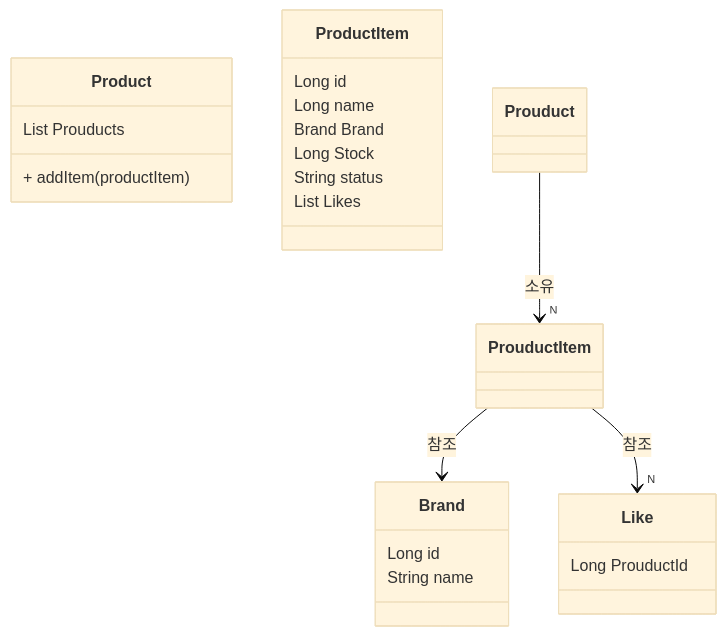
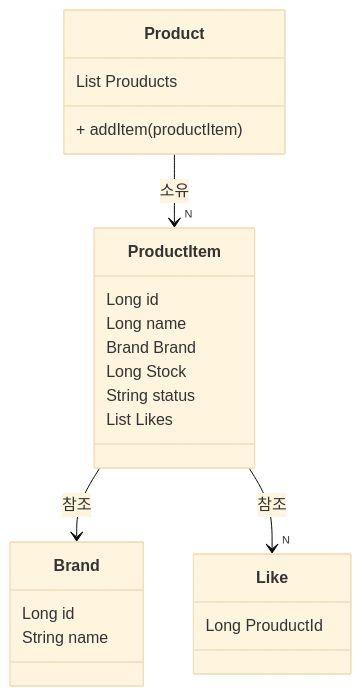
The diagram in docs/design/03-class-diagrams-detail/BrandAndProduct.md (simbokyung98/loopers-ecommerce-system), drawn with Mermaid (base theme) before and after one commit. The commit also changed 2 other files, not shown here.

Commit message:
fix : 클래스 다이어그램 도메인 역할 수정

````diff
--- a/docs/design/03-class-diagrams-detail/BrandAndProduct.md
+++ b/docs/design/03-class-diagrams-detail/BrandAndProduct.md
@@ -2,27 +2,27 @@
 ```mermaid 
 classDiagram
     class Brand{
     Long id
     String name
     }
     class Product{
     List Prouducts
     + addItem(productItem)
     }
     class ProductItem{
     Long id
     Long name
     Brand Brand
     Long Stock
     String status
     List Likes 
     }
 
     class Like{
     Long ProuductId
     }
     
-    Prouduct --> "N" ProuductItem :소유
-    ProuductItem --> Brand : 참조
-    ProuductItem --> "N" Like : 참조
+    Product --> "N" ProductItem :소유
+    ProductItem --> Brand : 참조
+    ProductItem --> "N" Like : 참조
 ```
````
